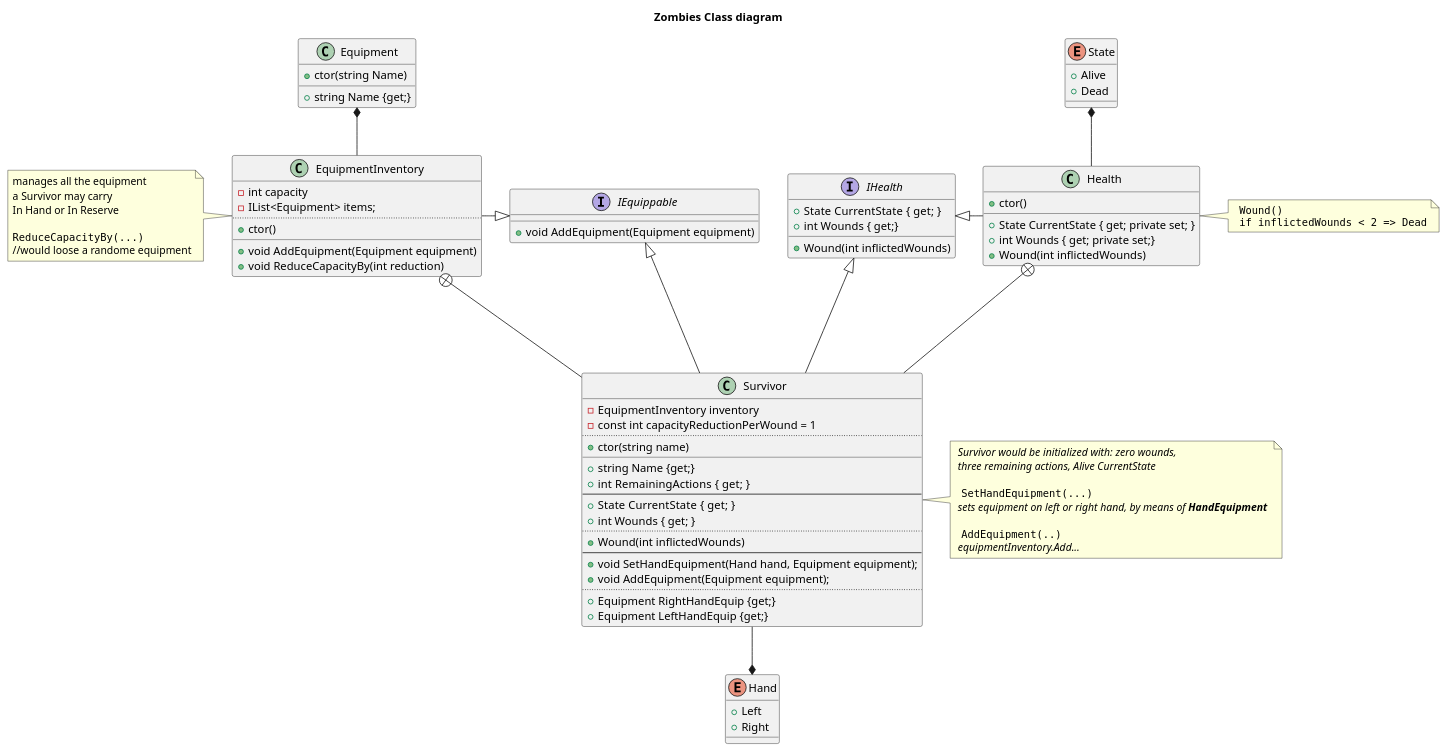
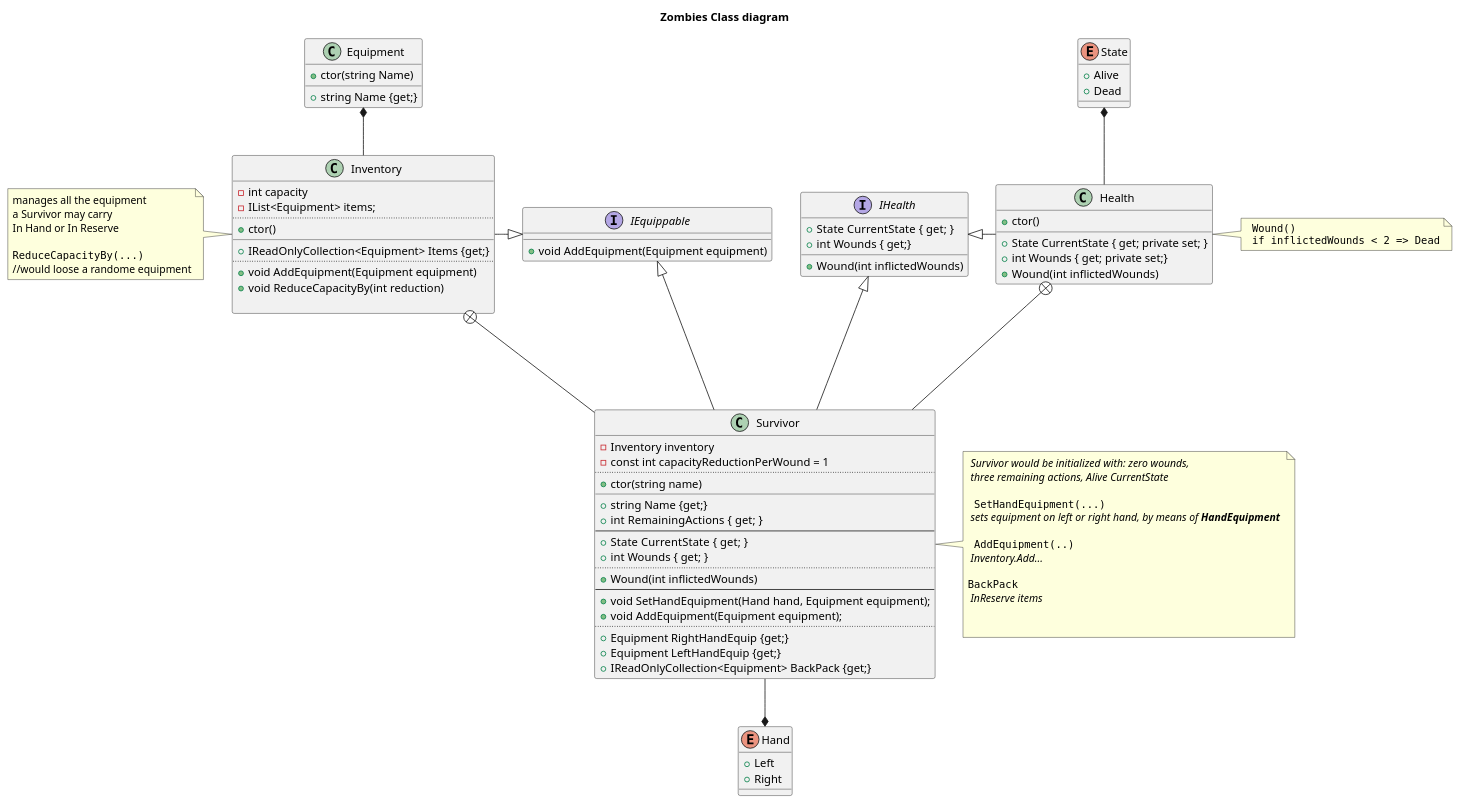
The diagram in diagram.wsd (JPTouron/Zombies-Kata), drawn with PlantUML before and after one commit. The commit also changed 8 other files, not shown here.

```diff
--- a/diagram.wsd
+++ b/diagram.wsd
@@ -1,118 +1,127 @@
 @startuml "Zombies Class diagram"
 
 title "Zombies Class diagram"
 
 
 class Equipment
 {
     +ctor(string Name)
     __
     +string Name {get;}
 }
 
 interface IEquippable
 {
     +void AddEquipment(Equipment equipment)
 }
 
-class EquipmentInventory
+class Inventory
 {
     -int capacity
     -IList<Equipment> items;
     ..
     +ctor()
     __
+    +IReadOnlyCollection<Equipment> Items {get;}
+    ..
     +void AddEquipment(Equipment equipment)
     +void ReduceCapacityBy(int reduction)
+
 }
 
 note left
     manages all the equipment
     a Survivor may carry
     In Hand or In Reserve
 
     ""ReduceCapacityBy(...)""
     //would loose a randome equipment
 end note
 
-Equipment *-- EquipmentInventory
-IEquippable <|-left-EquipmentInventory
+Equipment *-- Inventory
+IEquippable <|-left-Inventory
 
 enum State{
     +Alive
     +Dead
 }
 
 interface IHealth
 {
     +State CurrentState  { get; }
     +int Wounds { get;}
     +Wound(int inflictedWounds)
 }
 
 class Health
 {
     +ctor()
     __
     +State CurrentState { get; private set; }
     +int Wounds { get; private set;}
     +Wound(int inflictedWounds)
 }
 
 note right
     "" Wound() ""
     "" if inflictedWounds < 2 => Dead""
 end note
 
 State *-- Health
 IHealth <|- Health
 
 enum Hand {
     +Left
     +Right
 }
 
 class Survivor
 {
-    -EquipmentInventory inventory
+    -Inventory inventory
     -const int capacityReductionPerWound = 1
     ..
     +ctor(string name)
     __
     +string Name {get;}
     +int RemainingActions  { get; }
     --
     +State CurrentState  { get; }
     +int Wounds { get; }
     ..
     +Wound(int inflictedWounds)
     --
     +void SetHandEquipment(Hand hand, Equipment equipment);
     +void AddEquipment(Equipment equipment);
     ..
     +Equipment RightHandEquip {get;}
     +Equipment LeftHandEquip {get;}
+    +IReadOnlyCollection<Equipment> BackPack {get;}
 }
 
 note right
     // Survivor would be initialized with: zero wounds, //
     // three remaining actions, Alive CurrentState //
 
     "" SetHandEquipment(...) ""
     // sets equipment on left or right hand, by means of **HandEquipment** //
 
     "" AddEquipment(..) ""
-    // equipmentInventory.Add...//
+    // Inventory.Add...//
+
+    ""BackPack""
+    // InReserve items //
+
+
 end note
 
 Health +--- Survivor
 Hand *-up- Survivor
 IHealth <|-Survivor
 IEquippable <|---Survivor
 
 
 
-EquipmentInventory +-- Survivor
+Inventory +-- Survivor
 
 
 @enduml
```
